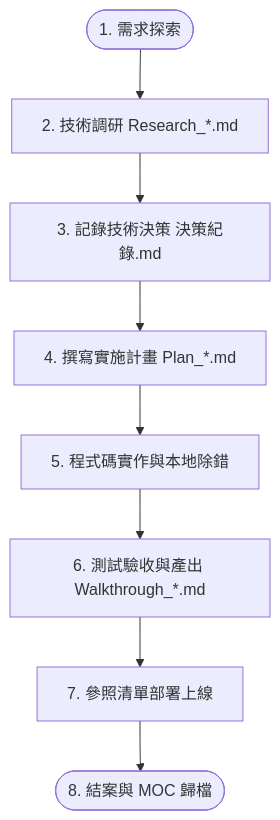
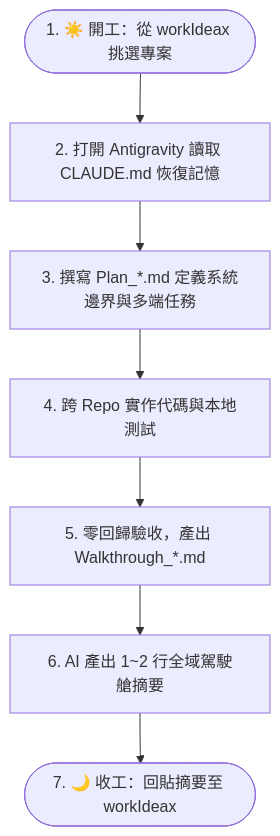
Before and after one commit to cchhss123/obs-temp: the diagram in 專案使用指南.md, drawn with Mermaid. The commit also changed other lines of this file and 12 other files, not shown here.

````diff
--- a/專案使用指南.md
+++ b/專案使用指南.md
@@ -111,10 +121,9 @@
 ```mermaid
 flowchart TD
-    Start([1. 需求探索]) --> Research[2. 技術調研 Research_*.md]
-    Research --> ADR[3. 記錄技術決策 決策紀錄.md]
-    ADR --> Plan[4. 撰寫實施計畫 Plan_*.md]
-    Plan --> Code[5. 程式碼實作與本地除錯]
-    Code --> Test[6. 測試驗收與產出 Walkthrough_*.md]
-    Test --> Deploy[7. 參照清單部署上線]
-    Deploy --> End([8. 結案與 MOC 歸檔])
+    Start([1. ☀️ 開工：從 workIdeax 挑選專案]) --> Restore[2. 打開 Antigravity 讀取 CLAUDE.md 恢復記憶]
+    Restore --> Plan[3. 撰寫 Plan_*.md 定義系統邊界與多端任務]
+    Plan --> Code[4. 跨 Repo 實作代碼與本地測試]
+    Code --> Test[5. 零回歸驗收，產出 Walkthrough_*.md]
+    Test --> Summary[6. AI 產出 1~2 行全域駕駛艙摘要]
+    Summary --> End([7. 🌙 收工：回貼摘要至 workIdeax])
 ```
````
